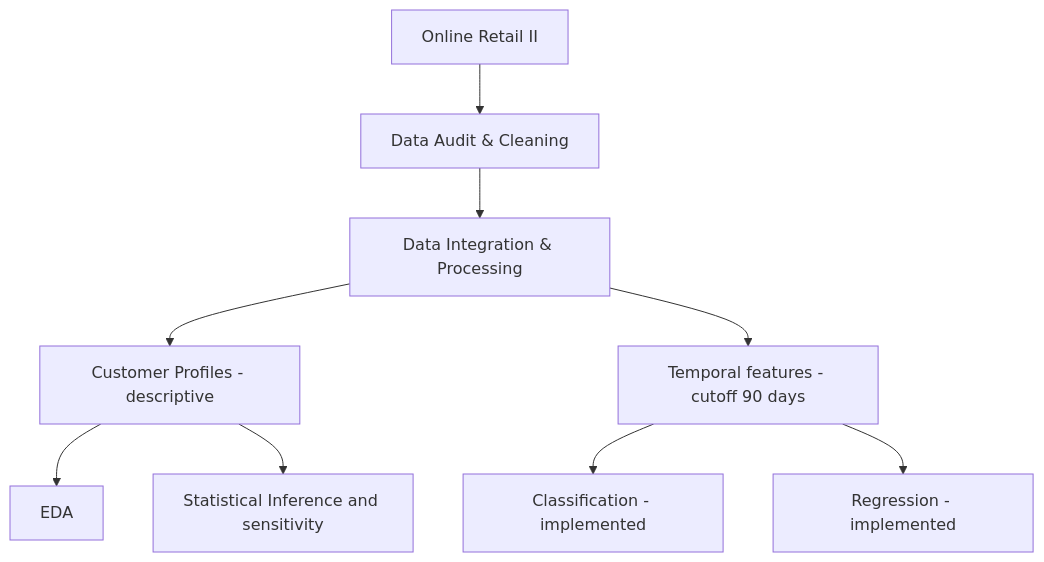
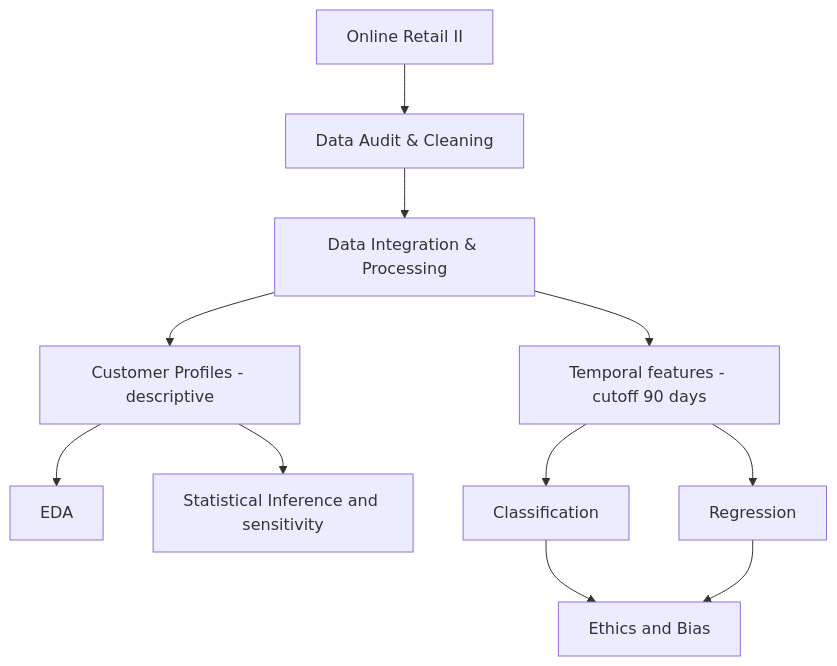
The diagram in README.md (huybel2012/ecommerce-behavior-analysis), drawn with Mermaid before and after one commit. The commit also changed other lines of this file and 9 other files, not shown here.

Commit message:
Ethics and Bias

````diff
--- a/README.md
+++ b/README.md
@@ -56,11 +56,13 @@
 ```mermaid
 flowchart TD
     A[Online Retail II] --> B[Data Audit & Cleaning]
     B --> C[Data Integration & Processing]
     C --> D[Customer Profiles - descriptive]
     D --> E[EDA]
     D --> F[Statistical Inference and sensitivity]
     C --> T[Temporal features - cutoff 90 days]
-    T --> G[Classification - implemented]
-    T --> H[Regression - implemented]
+    T --> G[Classification]
+    T --> H[Regression]
+    G --> I[Ethics and Bias]
+    H --> I
 ```
````
